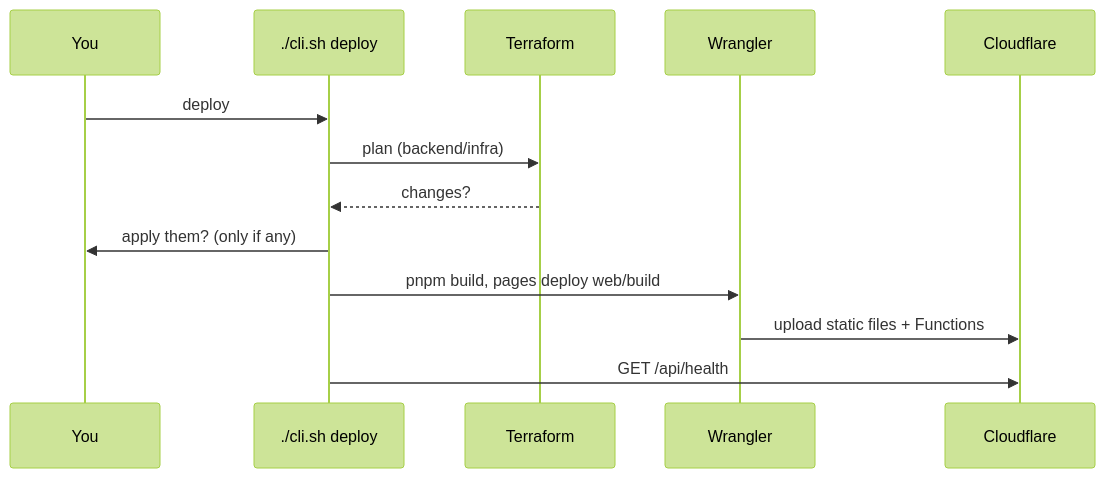
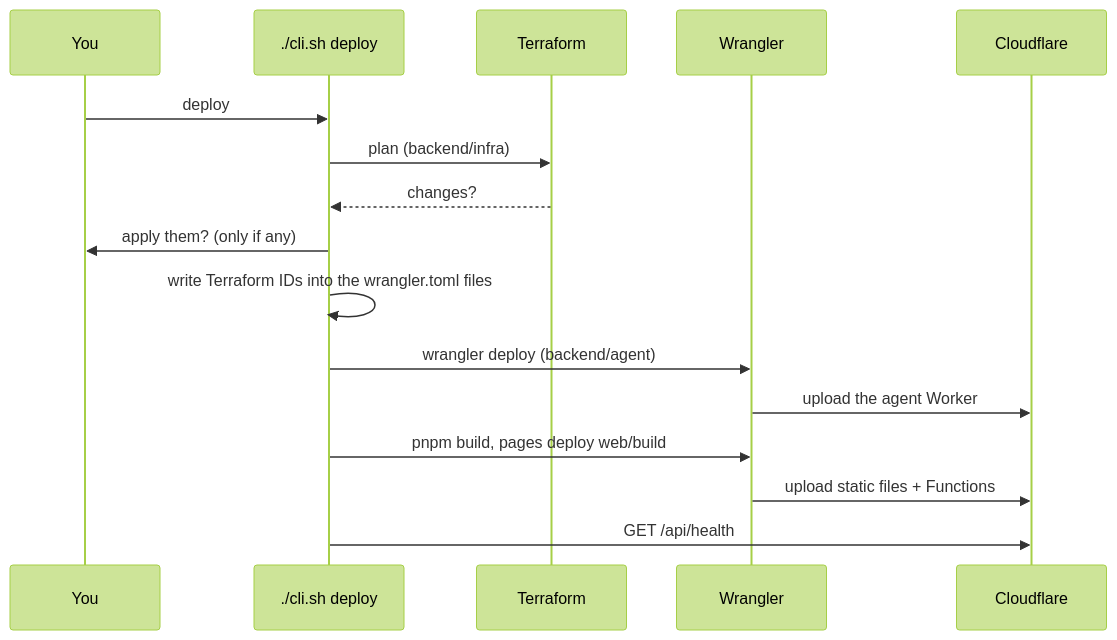
The diagram in docs/operations/deploy.md (randika-srimal/cloudie), drawn with Mermaid (forest theme) before and after one commit. The commit also changed other lines of this file and 13 other files, not shown here.

````diff
--- a/docs/operations/deploy.md
+++ b/docs/operations/deploy.md
@@ -28,15 +44,18 @@
 ```mermaid
 sequenceDiagram
   participant You
   participant CLI as ./cli.sh deploy
   participant TF as Terraform
   participant W as Wrangler
   participant CF as Cloudflare
   You->>CLI: deploy
   CLI->>TF: plan (backend/infra)
   TF-->>CLI: changes?
   CLI->>You: apply them? (only if any)
+  CLI->>CLI: write Terraform IDs into the wrangler.toml files
+  CLI->>W: wrangler deploy (backend/agent)
+  W->>CF: upload the agent Worker
   CLI->>W: pnpm build, pages deploy web/build
   W->>CF: upload static files + Functions
   CLI->>CF: GET /api/health
 ```
````
